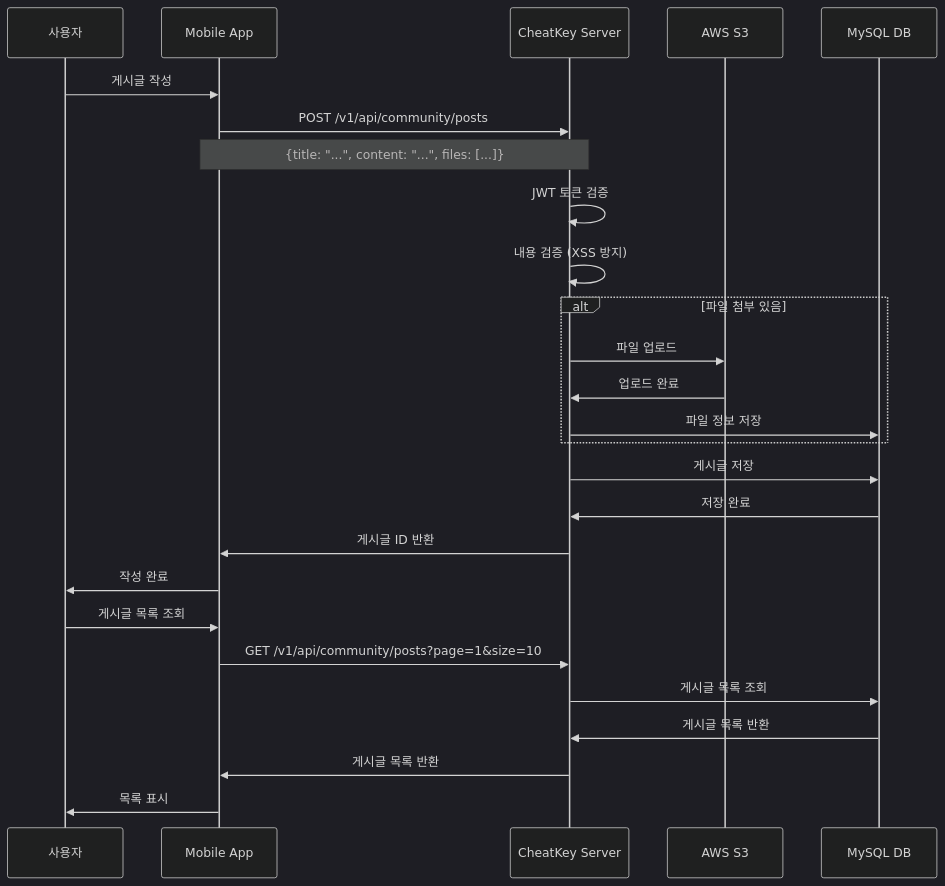
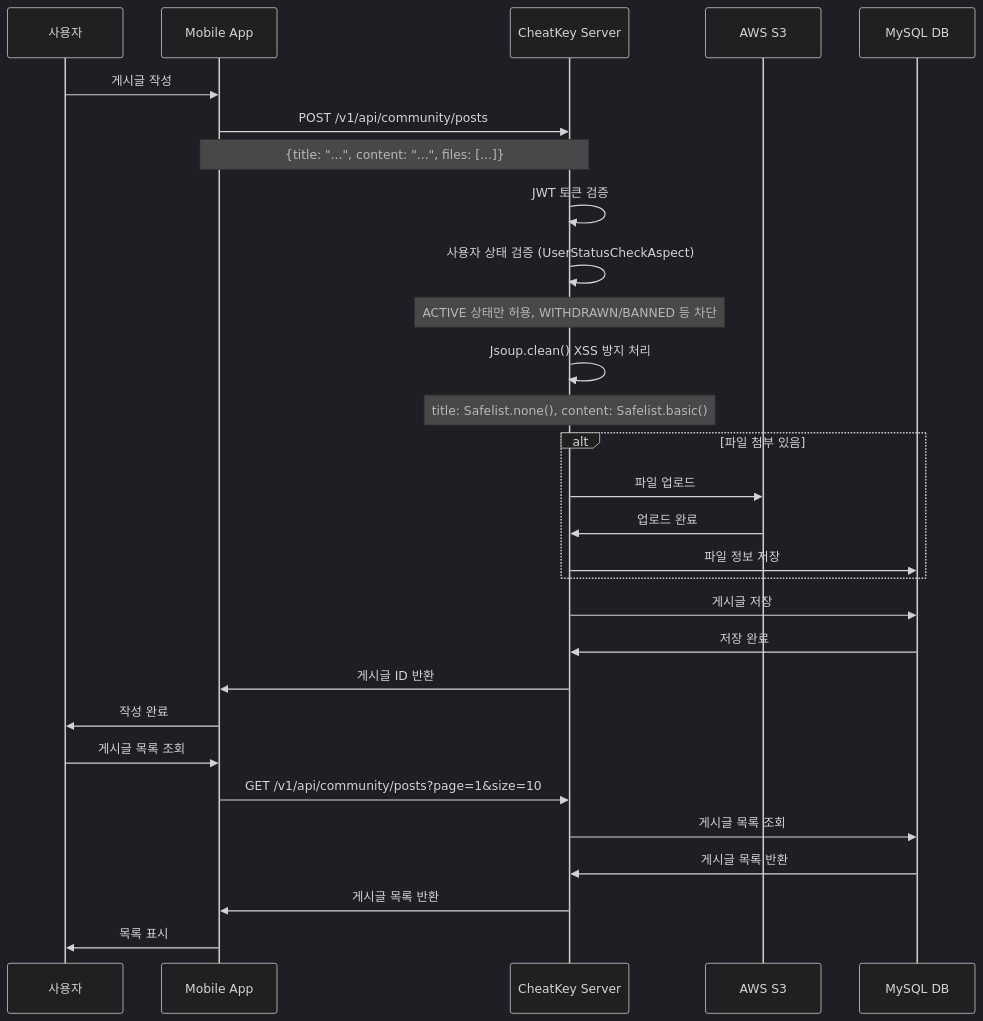
Before and after one commit to Central-MakeUs/CheatKey-Server: the third of 10 diagrams in docs/flows/sequence.md, drawn with Mermaid (dark theme). The commit also changed other lines of this file and 6 other files, not shown here.

````diff
--- a/docs/flows/sequence.md
+++ b/docs/flows/sequence.md
@@ -74,36 +87,39 @@
 ```mermaid
 sequenceDiagram
     participant U as 사용자
     participant App as Mobile App
     participant Server as CheatKey Server
     participant S3 as AWS S3
     participant DB as MySQL DB
     
     U->>App: 게시글 작성
     App->>Server: POST /v1/api/community/posts
     Note over App,Server: {title: "...", content: "...", files: [...]}
     
     Server->>Server: JWT 토큰 검증
-    Server->>Server: 내용 검증 (XSS 방지)
+    Server->>Server: 사용자 상태 검증 (UserStatusCheckAspect)
+    Note over Server: ACTIVE 상태만 허용, WITHDRAWN/BANNED 등 차단
+    Server->>Server: Jsoup.clean() XSS 방지 처리
+    Note over Server: title: Safelist.none(), content: Safelist.basic()
     
     alt 파일 첨부 있음
         Server->>S3: 파일 업로드
         S3->>Server: 업로드 완료
         Server->>DB: 파일 정보 저장
     end
     
     Server->>DB: 게시글 저장
     DB->>Server: 저장 완료
     
     Server->>App: 게시글 ID 반환
     App->>U: 작성 완료
     
     U->>App: 게시글 목록 조회
     App->>Server: GET /v1/api/community/posts?page=1&size=10
     
     Server->>DB: 게시글 목록 조회
     DB->>Server: 게시글 목록 반환
     
     Server->>App: 게시글 목록 반환
     App->>U: 목록 표시
 ```
````
